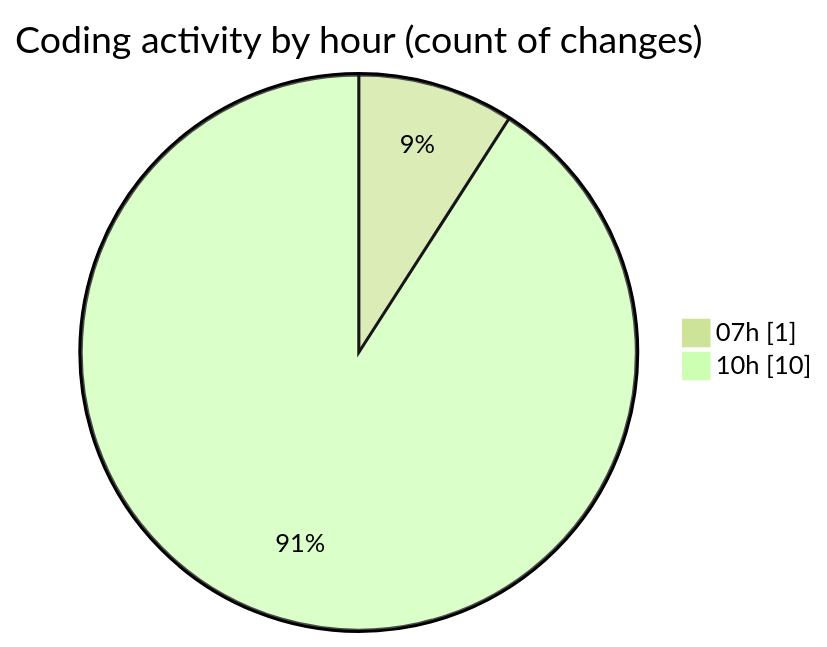
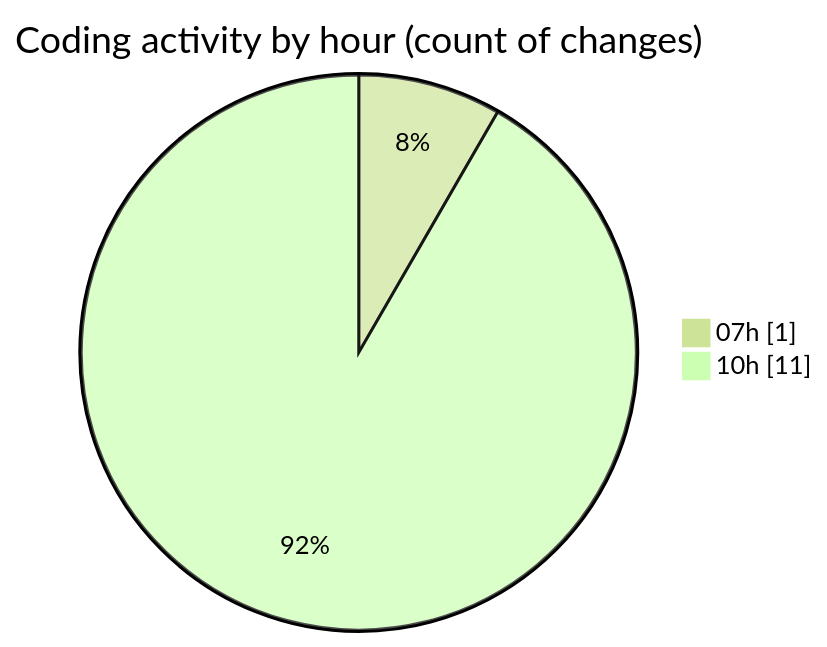
One commit to LanceThiago/code-tracking changed the second of 2 diagrams in 2025-04-29/enre_-_calculadora_de_consumo_v_2022_files/README.md. Above: the diagram before and after it, drawn with Mermaid (forest theme). The commit also changed other lines of this file and 1 other file, not shown here.

````diff
--- a/2025-04-29/enre_-_calculadora_de_consumo_v_2022_files/README.md
+++ b/2025-04-29/enre_-_calculadora_de_consumo_v_2022_files/README.md
@@ -28,6 +28,6 @@
 ```mermaid
 pie showData
 title Coding activity by hour (count of changes)
 "07h" : 1
-"10h" : 10
+"10h" : 11
 ```
````
